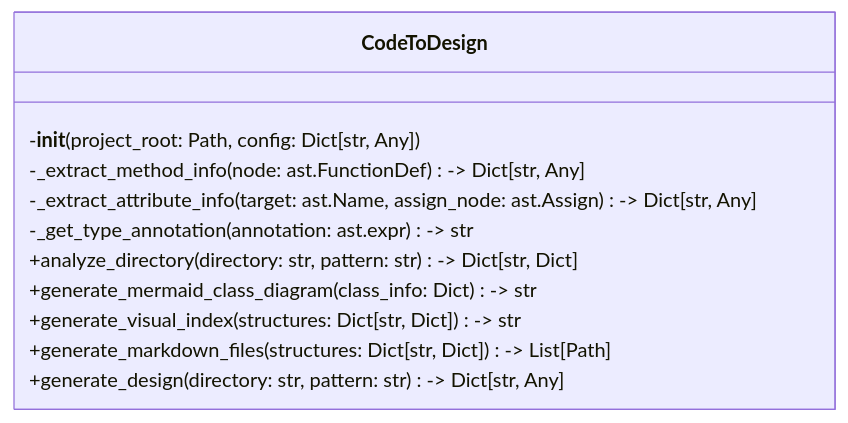
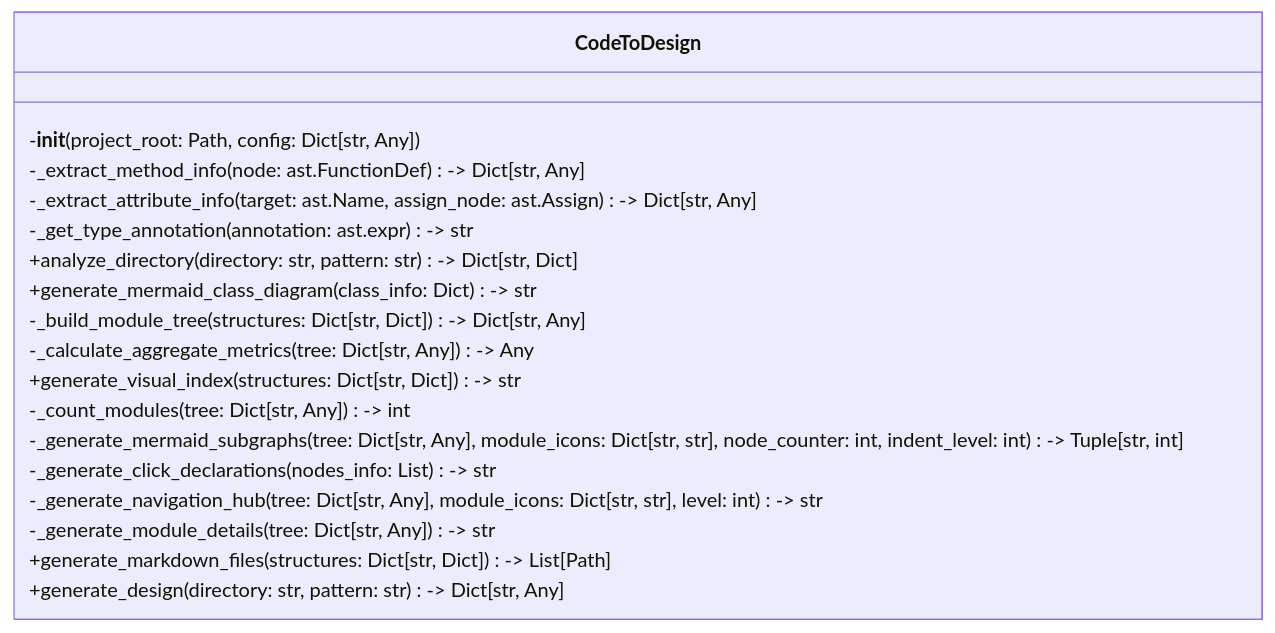
Before and after one commit to Brunvelop/autocode: the diagram in design/autocode/core/design/code_to_design_class.md, drawn with Mermaid. The commit also changed other lines of this file and 2 other files, not shown here.

Commit message:
feat: integrate interactive links in Mermaid diagram
- Add click declarations to all 28 class nodes in architecture diagram
- Remove redundant Navigation Hub section
- Generate tooltips with LOC and method metrics
- Enable direct navigation from diagram to class documentation
- Update CodeToDesign to support interactive diagram generation

````diff
--- a/design/autocode/core/design/code_to_design_class.md
+++ b/design/autocode/core/design/code_to_design_class.md
@@ -9,15 +9,22 @@
 ```mermaid
 classDiagram
     class CodeToDesign {
         -__init__(project_root: Path, config: Dict[str, Any])
         -_extract_method_info(node: ast.FunctionDef) -> Dict[str, Any]
         -_extract_attribute_info(target: ast.Name, assign_node: ast.Assign) -> Dict[str, Any]
         -_get_type_annotation(annotation: ast.expr) -> str
         +analyze_directory(directory: str, pattern: str) -> Dict[str, Dict]
         +generate_mermaid_class_diagram(class_info: Dict) -> str
+        -_build_module_tree(structures: Dict[str, Dict]) -> Dict[str, Any]
+        -_calculate_aggregate_metrics(tree: Dict[str, Any]) -> Any
         +generate_visual_index(structures: Dict[str, Dict]) -> str
+        -_count_modules(tree: Dict[str, Any]) -> int
+        -_generate_mermaid_subgraphs(tree: Dict[str, Any], module_icons: Dict[str, str], node_counter: int, indent_level: int) -> Tuple[str, int]
+        -_generate_click_declarations(nodes_info: List) -> str
+        -_generate_navigation_hub(tree: Dict[str, Any], module_icons: Dict[str, str], level: int) -> str
+        -_generate_module_details(tree: Dict[str, Any]) -> str
         +generate_markdown_files(structures: Dict[str, Dict]) -> List[Path]
         +generate_design(directory: str, pattern: str) -> Dict[str, Any]
     }
 
 ```
````
